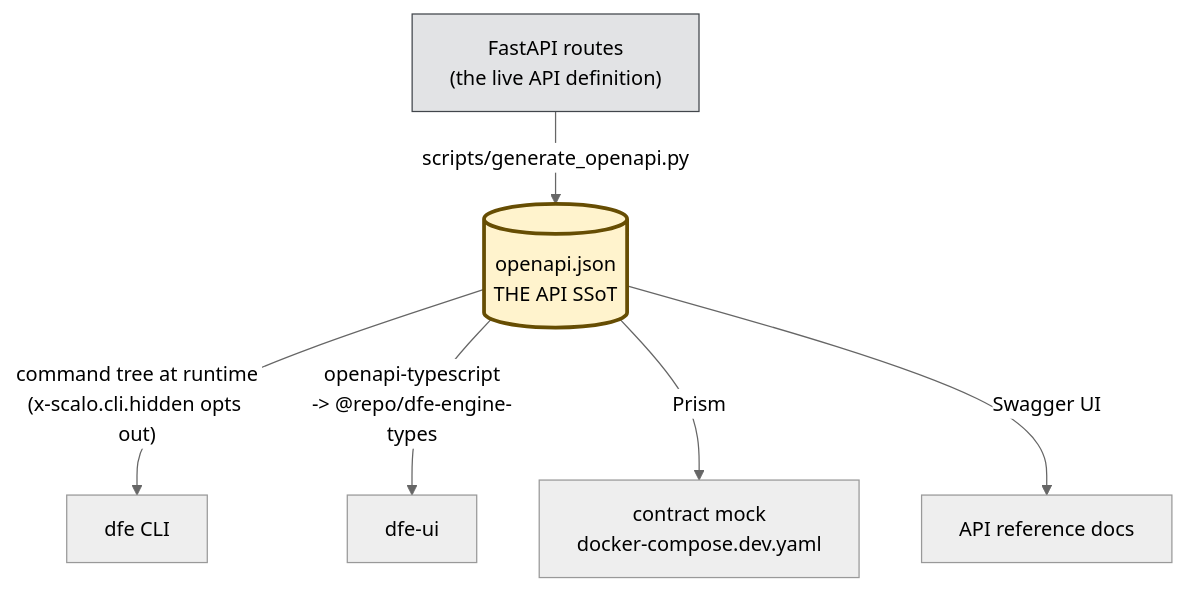
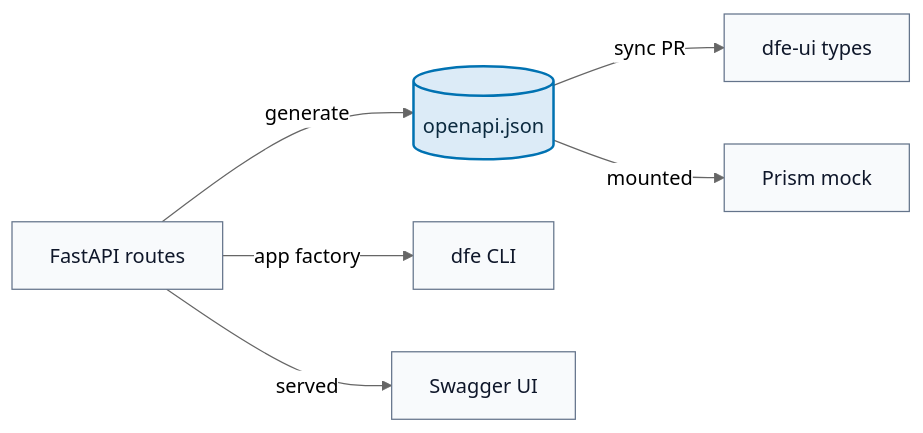
Before and after one commit to hyperi-io/dfe-engine: the third of 3 diagrams in docs/control-plane/README.md, drawn with Mermaid (neutral theme). The commit also changed other lines of this file and 71 other files, not shown here.

First line of the commit message:
docs(engine): fix 159 claims and redraw every diagram

````diff
--- a/docs/control-plane/README.md
+++ b/docs/control-plane/README.md
@@ -99,15 +98,24 @@
 ```mermaid
-flowchart TB
-    routes["FastAPI routes<br/>(the live API definition)"]
-    routes -->|"scripts/generate_openapi.py"| spec[("openapi.json<br/>THE API SSoT")]
+flowchart LR
+    accTitle: L4 Detail -- openapi.json and its consumers
+    accDescr: The FastAPI routes generate openapi.json and feed the dfe CLI and Swagger UI directly. dfe-ui types and the Prism mock read the committed file.
 
-    spec -->|"command tree at runtime<br/>(x-scalo.cli.hidden opts out)"| cli["dfe CLI"]
-    spec -->|"openapi-typescript<br/>-> @repo/dfe-engine-types"| ui["dfe-ui"]
-    spec -->|"Prism"| mock["contract mock<br/>docker-compose.dev.yaml"]
-    spec -->|"Swagger UI"| refdocs["API reference docs"]
+    routes["FastAPI routes"]
 
-    classDef ssot fill:#fff3cd,stroke:#664d03,stroke-width:3px;
-    classDef src fill:#e2e3e5,stroke:#41464b;
-    class spec ssot;
-    class routes src;
+    spec[("openapi.json")]
+    cli["dfe CLI"]
+    swagger["Swagger UI"]
+
+    ui["dfe-ui types"]
+    mock["Prism mock"]
+
+    routes -->|generate| spec
+    routes -->|app factory| cli
+    routes -->|served| swagger
+    spec -->|sync PR| ui
+    spec -->|mounted| mock
+
+    classDef default fill:#F8FAFC,stroke:#64748B,stroke-width:1px,color:#0F172A
+    classDef core fill:#DCEBF7,stroke:#0072B2,stroke-width:2px,color:#0B2A3F
+    class spec core
 ```
````
